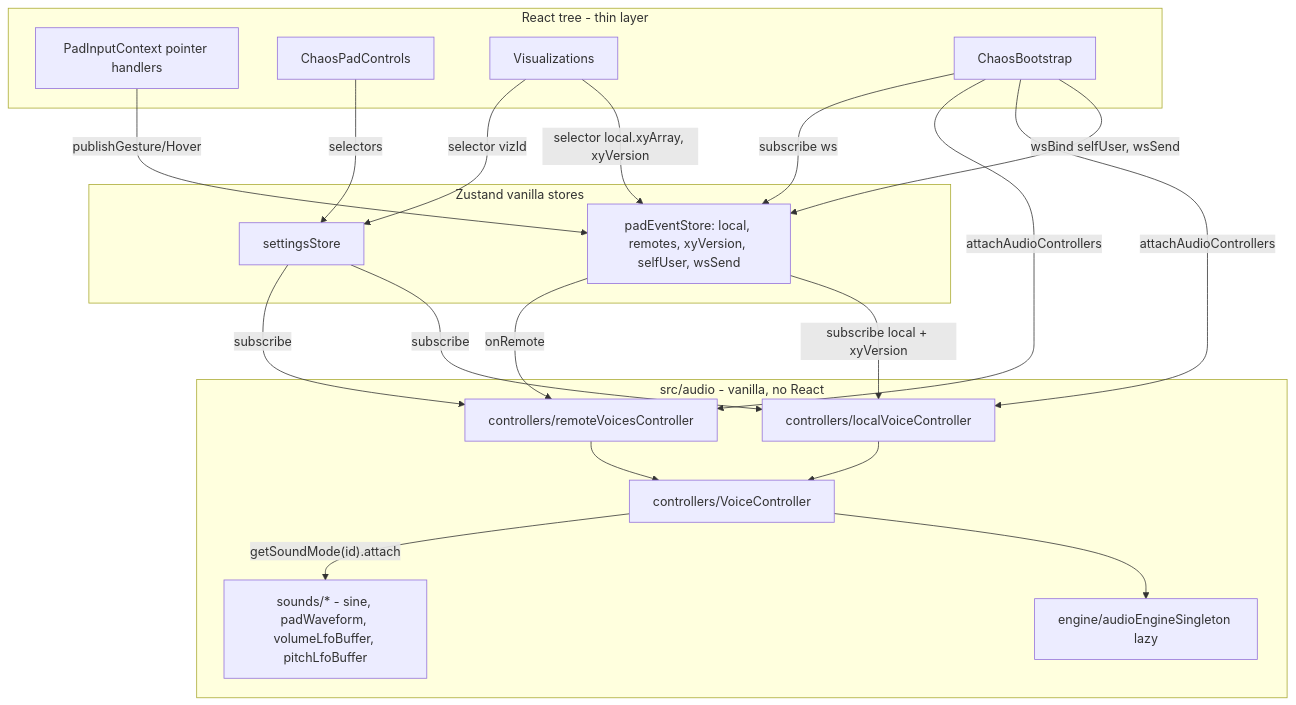
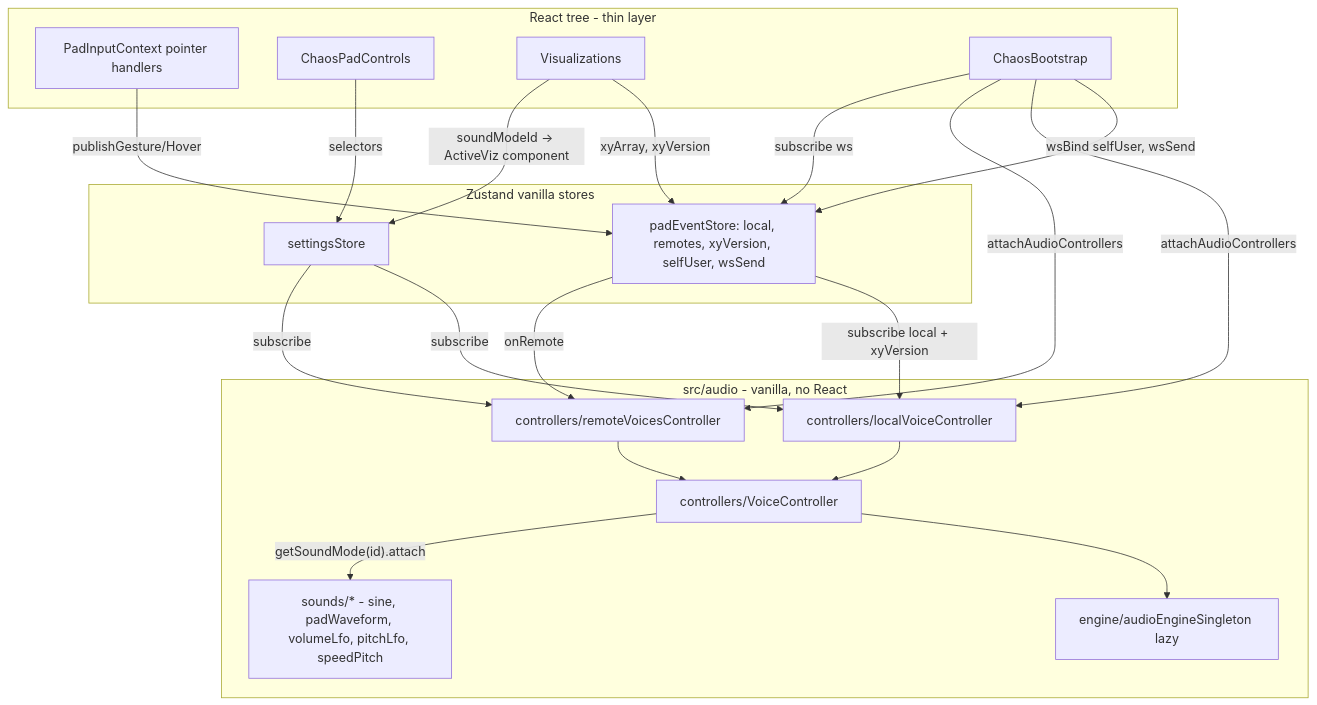
The diagram in ARCHITECTURE.md (yatskovanatoly/chaospad), drawn with Mermaid before and after one commit. The commit also changed other lines of this file and 15 other files, not shown here.

Commit message:
speed pitch

````diff
--- a/ARCHITECTURE.md
+++ b/ARCHITECTURE.md
@@ -16,36 +16,36 @@
 ```mermaid
 flowchart TB
   subgraph React [React tree - thin layer]
     Pad[PadInputContext pointer handlers]
     Controls[ChaosPadControls]
     Viz[Visualizations]
     Boot[ChaosBootstrap]
   end
   subgraph Stores [Zustand vanilla stores]
     settingsStore
     padEventStore[padEventStore: local, remotes, xyVersion, selfUser, wsSend]
   end
   subgraph Audio [src/audio - vanilla, no React]
     Engine[engine/audioEngineSingleton lazy]
     LocalCtl[controllers/localVoiceController]
     RemoteCtl[controllers/remoteVoicesController]
     VC[controllers/VoiceController]
-    Sounds[sounds/* - sine, padWaveform, volumeLfoBuffer, pitchLfoBuffer]
+    Sounds[sounds/* - sine, padWaveform, volumeLfo, pitchLfo, speedPitch]
   end
   Pad -->|publishGesture/Hover| padEventStore
   Controls -->|selectors| settingsStore
   Boot -->|wsBind selfUser, wsSend| padEventStore
   Boot -->|attachAudioControllers| LocalCtl
   Boot -->|attachAudioControllers| RemoteCtl
   Boot -->|subscribe ws| padEventStore
   padEventStore -->|subscribe local + xyVersion| LocalCtl
   padEventStore -->|onRemote| RemoteCtl
   settingsStore -->|subscribe| LocalCtl
   settingsStore -->|subscribe| RemoteCtl
   LocalCtl --> VC
   RemoteCtl --> VC
   VC --> Engine
   VC -->|"getSoundMode(id).attach"| Sounds
-  Viz -->|"selector local.xyArray, xyVersion"| padEventStore
-  Viz -->|selector vizId| settingsStore
+  Viz -->|"xyArray, xyVersion"| padEventStore
+  Viz -->|soundModeId → ActiveViz component| settingsStore
 ```
````
